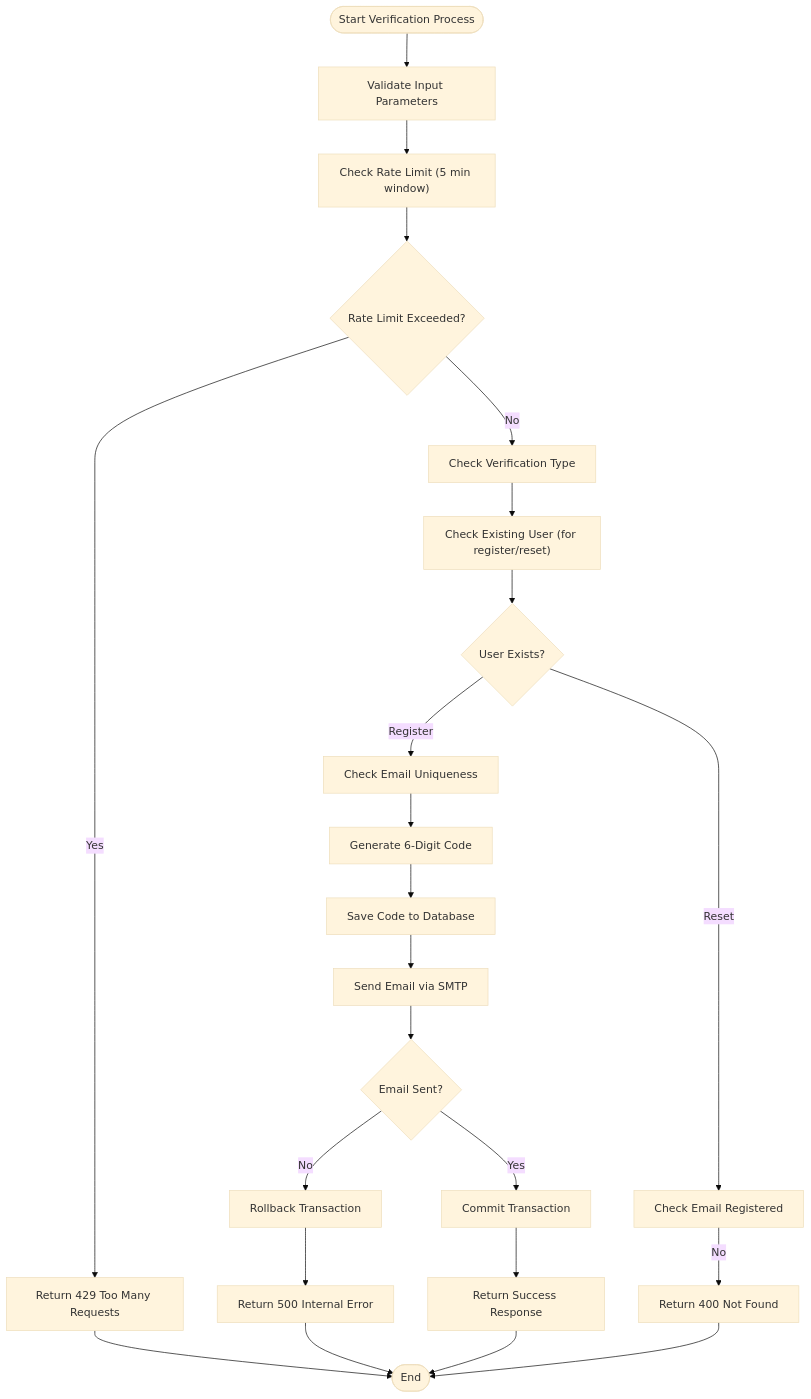
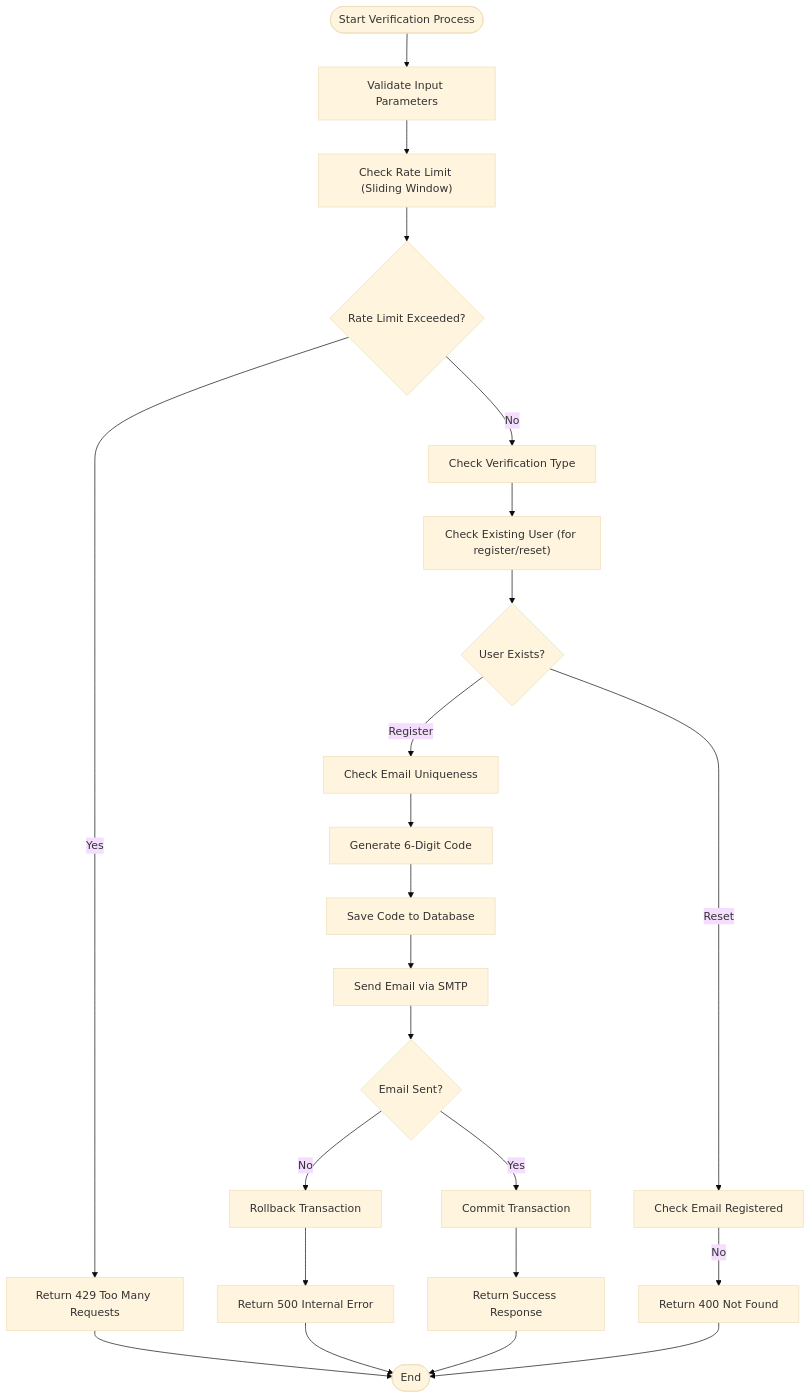
Before and after one commit to rainRise/aidiary: the fourth of 4 diagrams in .qoder/repowiki/en/content/Backend System/API Endpoints Reference/Authentication Endpoints.md, drawn with Mermaid (base theme). The commit also changed other lines of this file and 21 other files, not shown here.

````diff
--- a/.qoder/repowiki/en/content/Backend System/API Endpoints Reference/Authentication Endpoints.md
+++ b/.qoder/repowiki/en/content/Backend System/API Endpoints Reference/Authentication Endpoints.md
@@ -502,25 +738,25 @@
 ```mermaid
 flowchart TD
 Start([Start Verification Process]) --> ValidateInput["Validate Input Parameters"]
-ValidateInput --> CheckRateLimit["Check Rate Limit (5 min window)"]
+ValidateInput --> CheckRateLimit["Check Rate Limit (Sliding Window)"]
 CheckRateLimit --> RateExceeded{"Rate Limit Exceeded?"}
 RateExceeded --> |Yes| ReturnRateError["Return 429 Too Many Requests"]
 RateExceeded --> |No| CheckUserType["Check Verification Type"]
 CheckUserType --> CheckExistingUser["Check Existing User (for register/reset)"]
 CheckExistingUser --> UserExists{"User Exists?"}
 UserExists --> |Register| CheckEmailUnique["Check Email Uniqueness"]
 UserExists --> |Reset| CheckEmailExists["Check Email Registered"]
 CheckEmailExists --> |No| ReturnNotFound["Return 400 Not Found"]
 CheckEmailUnique --> GenerateCode["Generate 6-Digit Code"]
 GenerateCode --> SaveToDB["Save Code to Database"]
 SaveToDB --> SendEmail["Send Email via SMTP"]
 SendEmail --> EmailSuccess{"Email Sent?"}
 EmailSuccess --> |No| RollbackDB["Rollback Transaction"]
 RollbackDB --> ReturnEmailError["Return 500 Internal Error"]
 EmailSuccess --> |Yes| CommitDB["Commit Transaction"]
 CommitDB --> ReturnSuccess["Return Success Response"]
 ReturnNotFound --> End([End])
 ReturnRateError --> End
 ReturnEmailError --> End
 ReturnSuccess --> End
 ```
````
